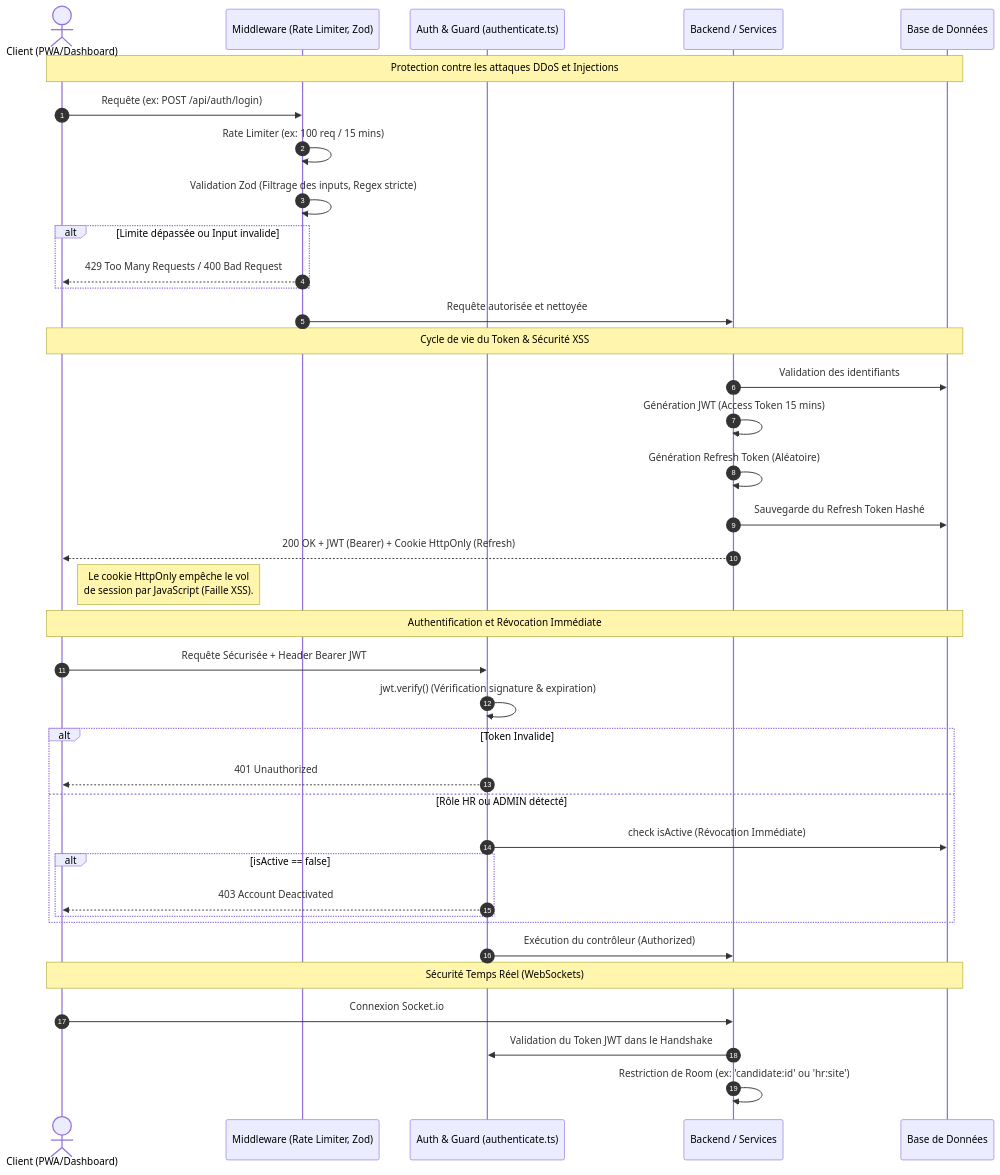
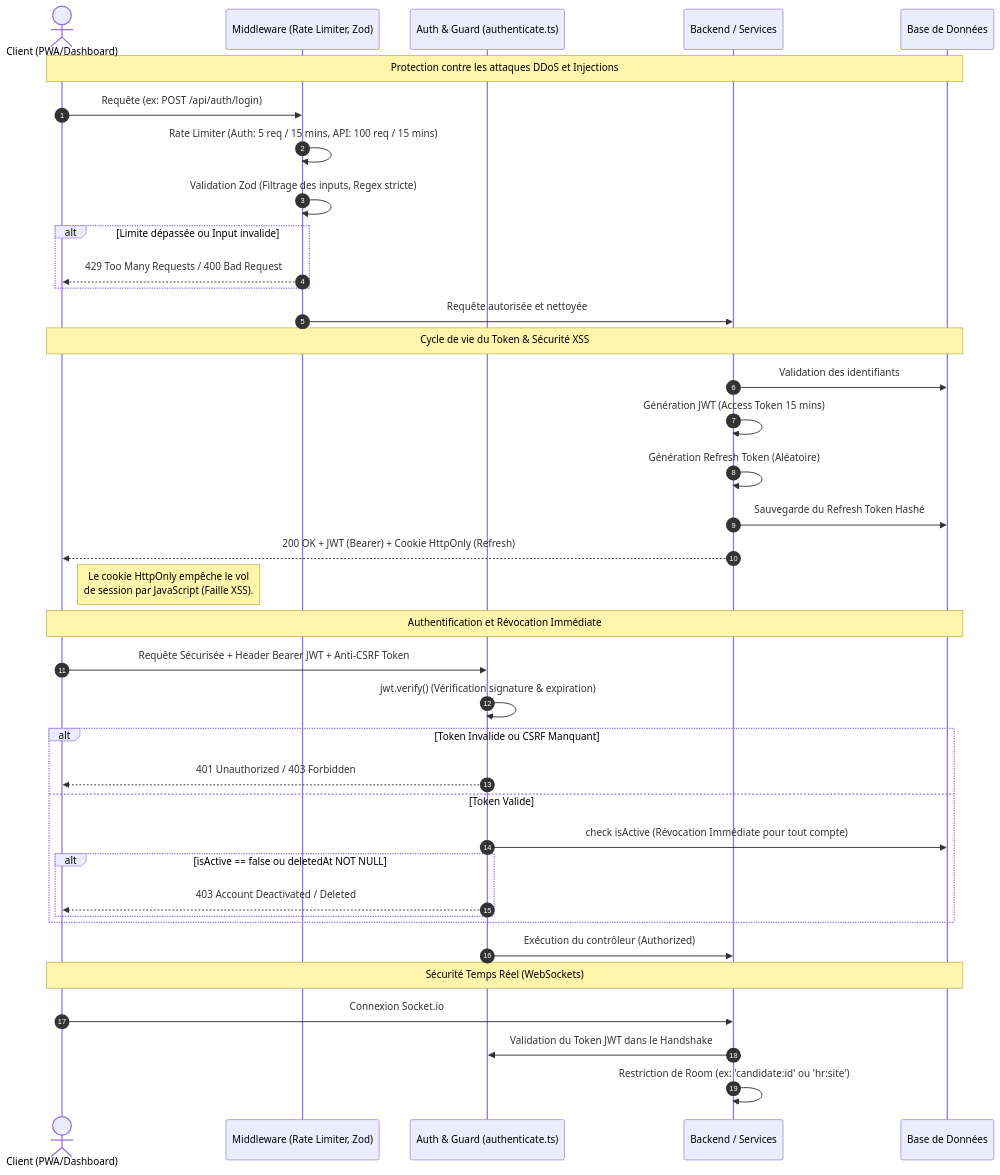
Before and after one commit to foudhilriahi/schulte: the diagram in diagramms/17_security_architecture.md, drawn with Mermaid. The commit also changed 31 other files, not shown here.

````diff
--- a/diagramms/17_security_architecture.md
+++ b/diagramms/17_security_architecture.md
@@ -5,49 +5,49 @@
 ```mermaid
 sequenceDiagram
     autonumber
     actor C as Client (PWA/Dashboard)
     participant M as Middleware (Rate Limiter, Zod)
     participant A as Auth & Guard (authenticate.ts)
     participant B as Backend / Services
     participant DB as Base de Données
 
     Note over C, DB: Protection contre les attaques DDoS et Injections
     C->>M: Requête (ex: POST /api/auth/login)
-    M->>M: Rate Limiter (ex: 100 req / 15 mins)
+    M->>M: Rate Limiter (Auth: 5 req / 15 mins, API: 100 req / 15 mins)
     M->>M: Validation Zod (Filtrage des inputs, Regex stricte)
     
     alt Limite dépassée ou Input invalide
         M-->>C: 429 Too Many Requests / 400 Bad Request
     end
     
     M->>B: Requête autorisée et nettoyée
 
     Note over C, DB: Cycle de vie du Token & Sécurité XSS
     B->>DB: Validation des identifiants
     B->>B: Génération JWT (Access Token 15 mins)
     B->>B: Génération Refresh Token (Aléatoire)
     B->>DB: Sauvegarde du Refresh Token Hashé
     B-->>C: 200 OK + JWT (Bearer) + Cookie HttpOnly (Refresh)
     
     Note right of C: Le cookie HttpOnly empêche le vol<br/>de session par JavaScript (Faille XSS).
 
     Note over C, DB: Authentification et Révocation Immédiate
-    C->>A: Requête Sécurisée + Header Bearer JWT
+    C->>A: Requête Sécurisée + Header Bearer JWT + Anti-CSRF Token
     A->>A: jwt.verify() (Vérification signature & expiration)
     
-    alt Token Invalide
-        A-->>C: 401 Unauthorized
-    else Rôle HR ou ADMIN détecté
-        A->>DB: check isActive (Révocation Immédiate)
-        alt isActive == false
-            A-->>C: 403 Account Deactivated
+    alt Token Invalide ou CSRF Manquant
+        A-->>C: 401 Unauthorized / 403 Forbidden
+    else Token Valide
+        A->>DB: check isActive (Révocation Immédiate pour tout compte)
+        alt isActive == false ou deletedAt NOT NULL
+            A-->>C: 403 Account Deactivated / Deleted
         end
     end
     
     A->>B: Exécution du contrôleur (Authorized)
 
     Note over C, DB: Sécurité Temps Réel (WebSockets)
     C->>B: Connexion Socket.io
     B->>A: Validation du Token JWT dans le Handshake
     B->>B: Restriction de Room (ex: 'candidate:id' ou 'hr:site')
 ```
````
